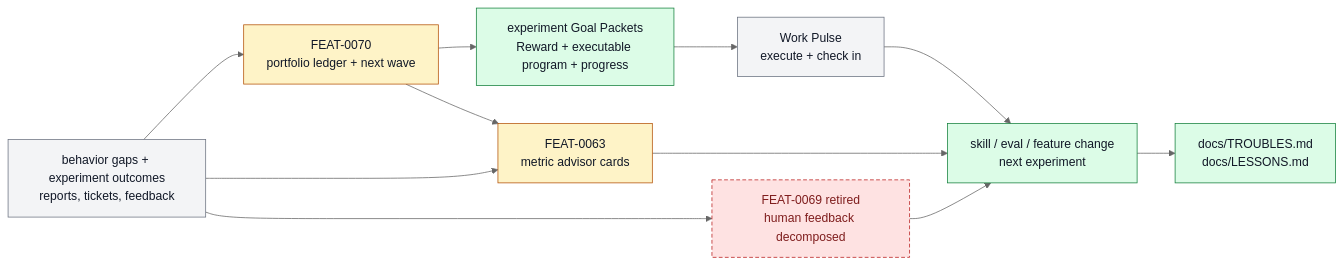
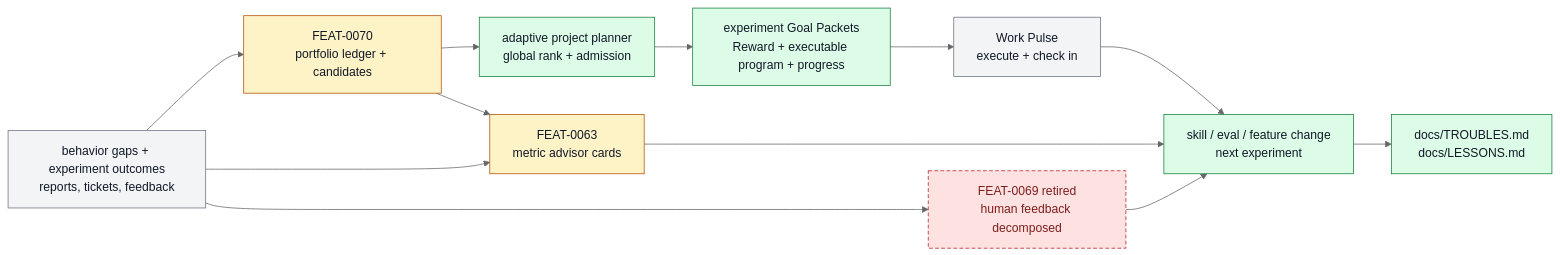
The diagram in docs/systems/self-improvement-learning.md (ZanarkandTechnologies/Farplane), drawn with Mermaid (neutral theme) before and after one commit. The commit also changed other lines of this file and 22 other files, not shown here.

````diff
--- a/docs/systems/self-improvement-learning.md
+++ b/docs/systems/self-improvement-learning.md
@@ -123,22 +131,23 @@
 ```mermaid
 flowchart LR
   classDef keep fill:#f3f4f6,stroke:#6b7280,color:#111827
   classDef changed fill:#fef3c7,stroke:#b45309,color:#111827
   classDef added fill:#dcfce7,stroke:#15803d,color:#111827
   classDef retired fill:#fee2e2,stroke:#b91c1c,color:#7f1d1d,stroke-dasharray: 5 3
 
   signals["behavior gaps + experiment outcomes<br/>reports, tickets, feedback"]:::keep
   metrics["FEAT-0063<br/>metric advisor cards"]:::changed
   taste["FEAT-0069 retired<br/>human feedback decomposed"]:::retired
-  dogfood["FEAT-0070<br/>portfolio ledger + next wave"]:::changed
+  dogfood["FEAT-0070<br/>portfolio ledger + candidates"]:::changed
+  planner["adaptive project planner<br/>global rank + admission"]:::added
   packet["experiment Goal Packets<br/>Reward + executable program + progress"]:::added
   pulse["Work Pulse<br/>execute + check in"]:::keep
   memory["docs/TROUBLES.md<br/>docs/LESSONS.md"]:::added
   action["skill / eval / feature change<br/>next experiment"]:::added
 
-  signals --> dogfood --> packet --> pulse --> action
+  signals --> dogfood --> planner --> packet --> pulse --> action
   signals --> metrics --> action
   signals --> taste --> action
   dogfood --> metrics
   action --> memory
 ```
````
